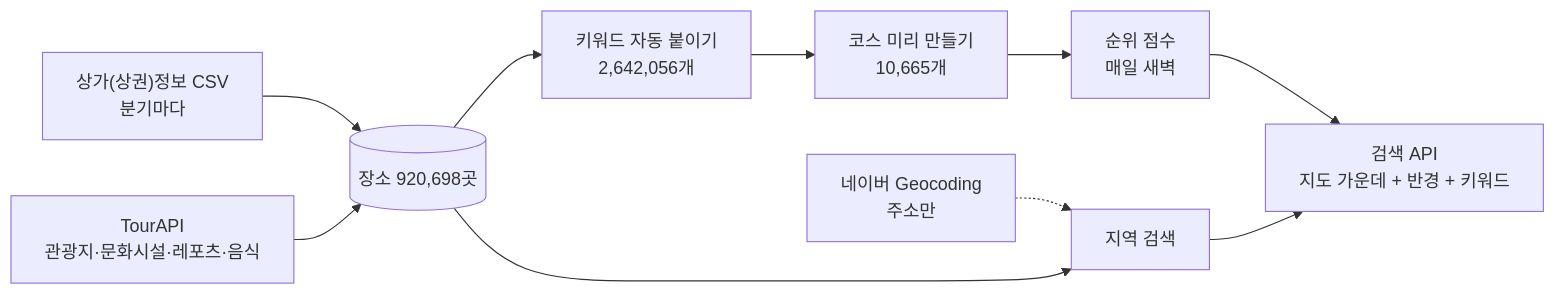
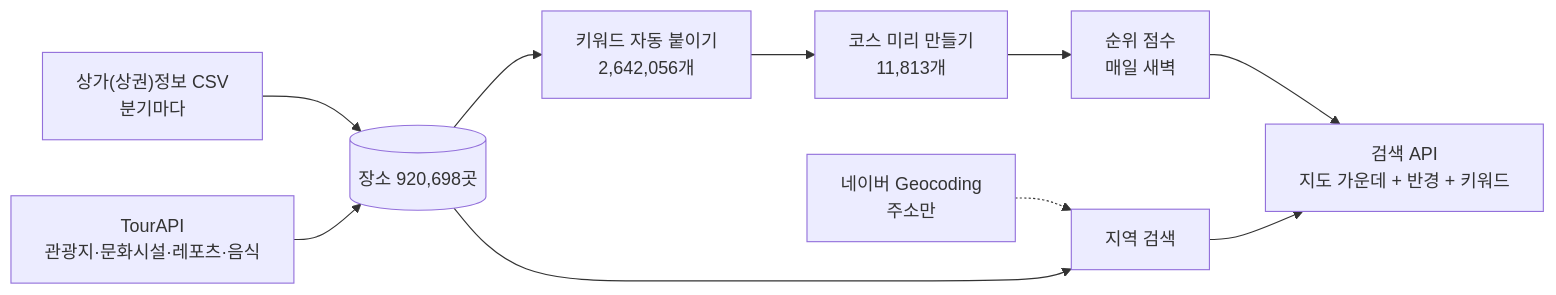
Before and after one commit to kimseongmin0301/date-course: the diagram in docs/동작방식.md, drawn with Mermaid. The commit also changed other lines of this file and 6 other files, not shown here.

````diff
--- a/docs/동작방식.md
+++ b/docs/동작방식.md
@@ -6,12 +6,12 @@
 ```mermaid
 flowchart LR
   CSV["상가(상권)정보 CSV<br/>분기마다"] --> P[(장소 920,698곳)]
   Tour["TourAPI<br/>관광지·문화시설·레포츠·음식"] --> P
   P --> K["키워드 자동 붙이기<br/>2,642,056개"]
-  K --> C["코스 미리 만들기<br/>10,665개"]
+  K --> C["코스 미리 만들기<br/>11,813개"]
   C --> S["순위 점수<br/>매일 새벽"]
   S --> API["검색 API<br/>지도 가운데 + 반경 + 키워드"]
   Geo["네이버 Geocoding<br/>주소만"] -.-> Loc["지역 검색"]
   P --> Loc
   Loc --> API
 ```
````
